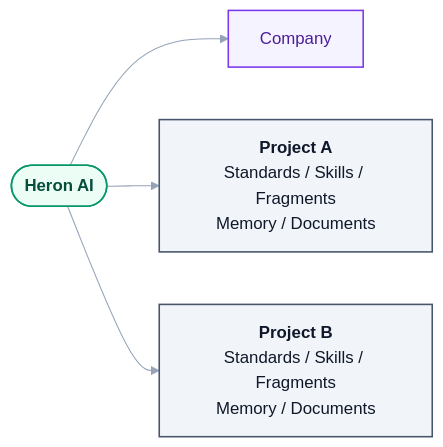
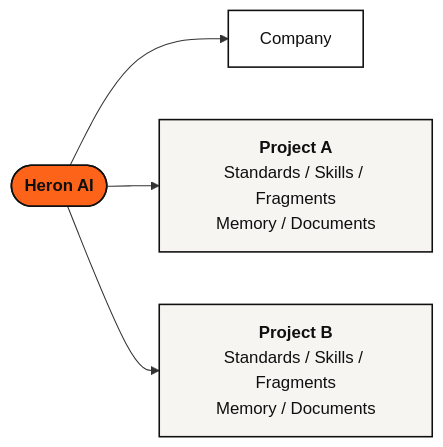
The second of 2 diagrams in docs/10-memory-and-knowledge.md (Ajmalpshaik/Heron-AI), drawn with Mermaid before and after one commit. The commit also changed other lines of this file and 44 other files, not shown here.

First line of the commit message:
Diagrams in the other docs move to the brand palette (D-149, #1116)

````diff
--- a/docs/10-memory-and-knowledge.md
+++ b/docs/10-memory-and-knowledge.md
@@ -100,19 +99,18 @@
 ```mermaid
-%%{init: {"themeVariables": {"edgeLabelBackground":"#F1F5F9","lineColor":"#94A3B8","textColor":"#0F172A","tertiaryTextColor":"#0F172A"}}}%%
 flowchart LR
     H(["<b>Heron AI</b>"])
     CO["Company"]
     PA["<b>Project A</b><br/>Standards / Skills / Fragments<br/>Memory / Documents"]
     PB["<b>Project B</b><br/>Standards / Skills / Fragments<br/>Memory / Documents"]
 
     H --> CO
     H --> PA
     H --> PB
 
-    classDef brain fill:#ECFDF5,stroke:#059669,stroke-width:1.5px,color:#064E3B
-    classDef plat fill:#F5F3FF,stroke:#7C3AED,stroke-width:1.5px,color:#4C1D95
-    classDef user fill:#F1F5F9,stroke:#475569,stroke-width:1.5px,color:#0F172A
+    classDef brain fill:#FD641A,stroke:#0F0F10,stroke-width:1.5px,color:#0F0F10
+    classDef plat fill:#FFFFFF,stroke:#0F0F10,stroke-width:1.5px,color:#0F0F10
+    classDef user fill:#F7F5F2,stroke:#0F0F10,stroke-width:1.5px,color:#0F0F10
     class H brain
     class CO plat
     class PA,PB user
 ```
````
